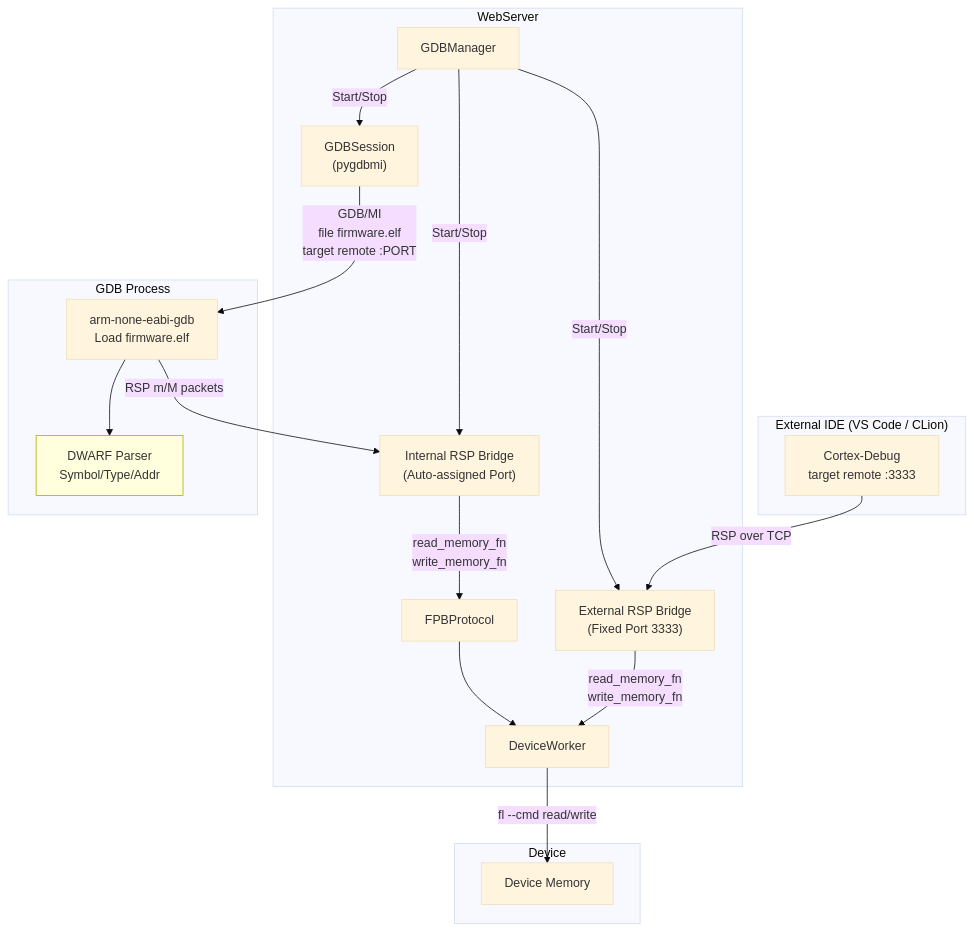
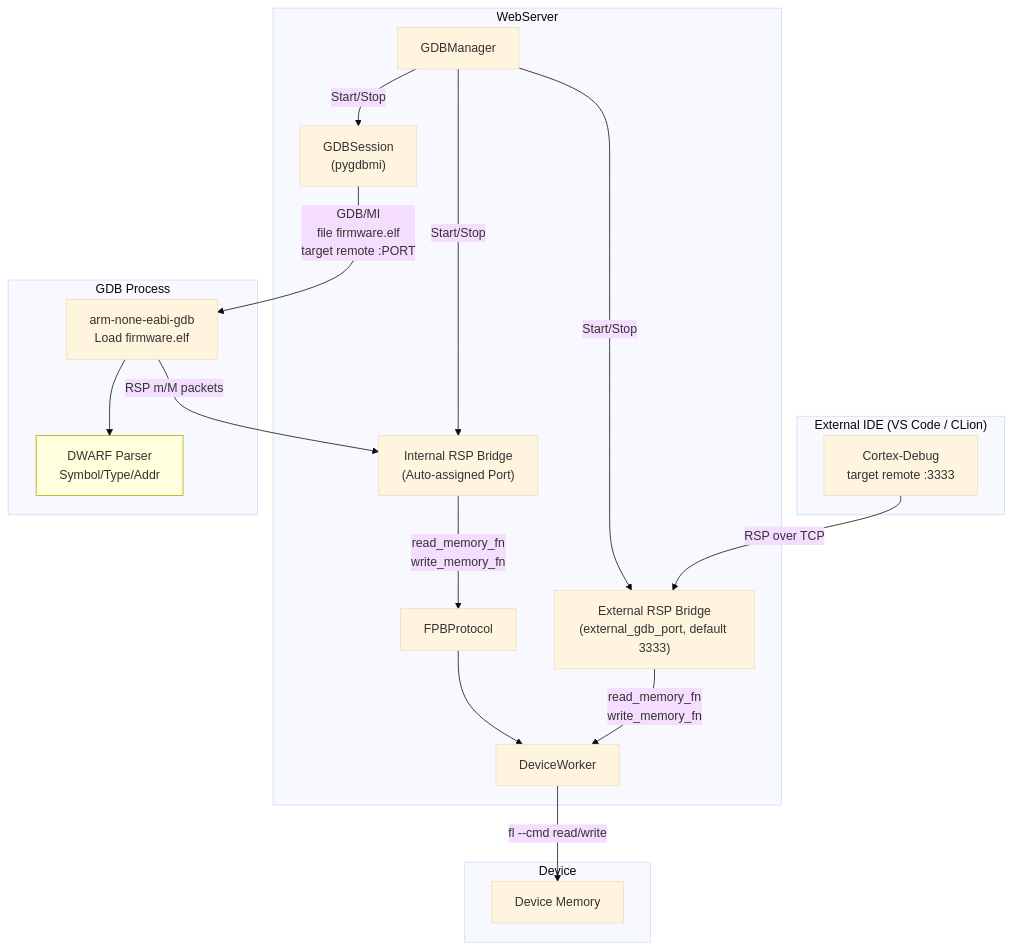
One commit to FASTSHIFT/FPBInject changed the seventh of 9 diagrams in Docs/Architecture.md. Above: the diagram before and after it, drawn with Mermaid (base theme). The commit also changed other lines of this file and 5 other files, not shown here.

````diff
--- a/Docs/Architecture.md
+++ b/Docs/Architecture.md
@@ -230,41 +230,41 @@
 ```mermaid
 graph TB
     subgraph IDE["External IDE (VS Code / CLion)"]
         CORTEX["Cortex-Debug<br/>target remote :3333"]
     end
 
     subgraph Upper["WebServer"]
         GM["GDBManager"]
         GS["GDBSession<br/>(pygdbmi)"]
         GB_INT["Internal RSP Bridge<br/>(Auto-assigned Port)"]
-        GB_EXT["External RSP Bridge<br/>(Fixed Port 3333)"]
+        GB_EXT["External RSP Bridge<br/>(external_gdb_port, default 3333)"]
         PROTO2["FPBProtocol"]
         DW2["DeviceWorker"]
     end
 
     subgraph GDB_Proc2["GDB Process"]
         GDB2["arm-none-eabi-gdb<br/>Load firmware.elf"]
         DWARF2["DWARF Parser<br/>Symbol/Type/Addr"]
     end
 
     subgraph Device2["Device"]
         MEM["Device Memory"]
     end
 
     %% GDB as DWARF engine
     GM -->|"Start/Stop"| GS
     GM -->|"Start/Stop"| GB_INT
     GM -->|"Start/Stop"| GB_EXT
     GS -->|"GDB/MI<br/>file firmware.elf<br/>target remote :PORT"| GDB2
     GDB2 --> DWARF2
     GDB2 -->|"RSP m/M packets"| GB_INT
     GB_INT -->|"read_memory_fn<br/>write_memory_fn"| PROTO2
     PROTO2 --> DW2
     DW2 -->|"fl --cmd read/write"| MEM
 
     %% External IDE
     CORTEX -->|"RSP over TCP"| GB_EXT
     GB_EXT -->|"read_memory_fn<br/>write_memory_fn"| DW2
 
     style DWARF2 fill:#ffd,stroke:#aa0
 ```
````
